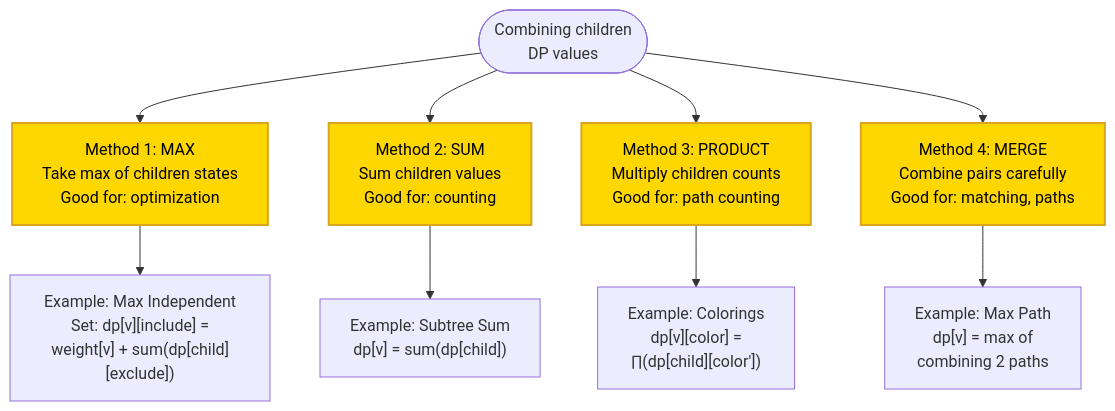
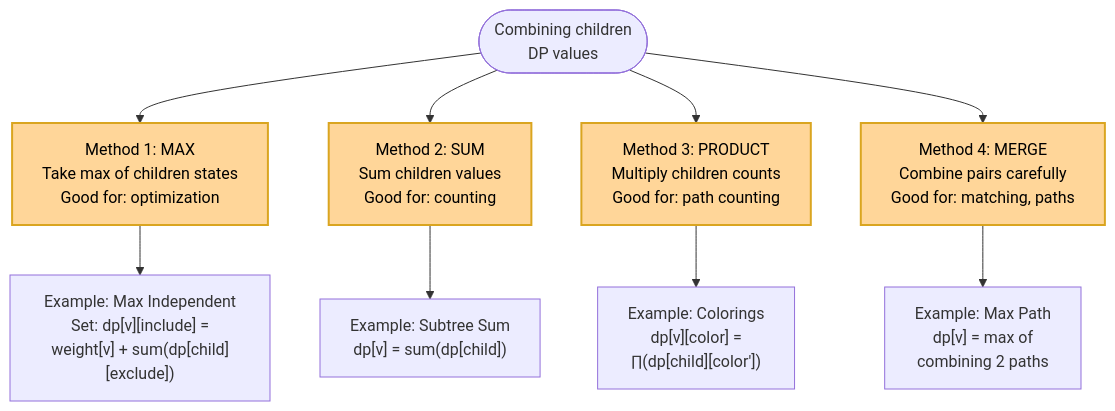
Diagram 12 of 41 in docs/algorithms/advanced/advanced_algorithms.md (souradeepta/interviewprep), drawn with Mermaid before and after one commit. The commit also changed other lines of this file and 31 other files, not shown here.

Commit message:
updated graphs

````diff
--- a/docs/algorithms/advanced/advanced_algorithms.md
+++ b/docs/algorithms/advanced/advanced_algorithms.md
@@ -502,15 +502,15 @@
 ```mermaid
 flowchart TD
     A(["Combining children<br/>DP values"]) --> M1["Method 1: MAX<br/>Take max of children states<br/>Good for: optimization"]
     A --> M2["Method 2: SUM<br/>Sum children values<br/>Good for: counting"]
     A --> M3["Method 3: PRODUCT<br/>Multiply children counts<br/>Good for: path counting"]
     A --> M4["Method 4: MERGE<br/>Combine pairs carefully<br/>Good for: matching, paths"]
     
     M1 --> Ex1["Example: Max Independent<br/>Set: dp[v][include] =<br/>weight[v] + sum(dp[child][exclude])"]
     M2 --> Ex2["Example: Subtree Sum<br/>dp[v] = sum(dp[child])"]
     M3 --> Ex3["Example: Colorings<br/>dp[v][color] =<br/>∏(dp[child][color'])"]
     M4 --> Ex4["Example: Max Path<br/>dp[v] = max of<br/>combining 2 paths"]
     
-    classDef method fill:#FFD700,stroke:#DAA520,stroke-width:2px,color:#000
+    classDef method fill:#ffd699,color:#000,stroke:#333,stroke-width:2px,stroke:#DAA520,stroke-width:2px,color:#000
     class M1,M2,M3,M4 method
 ```
````
